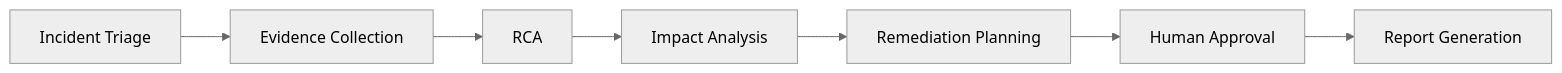
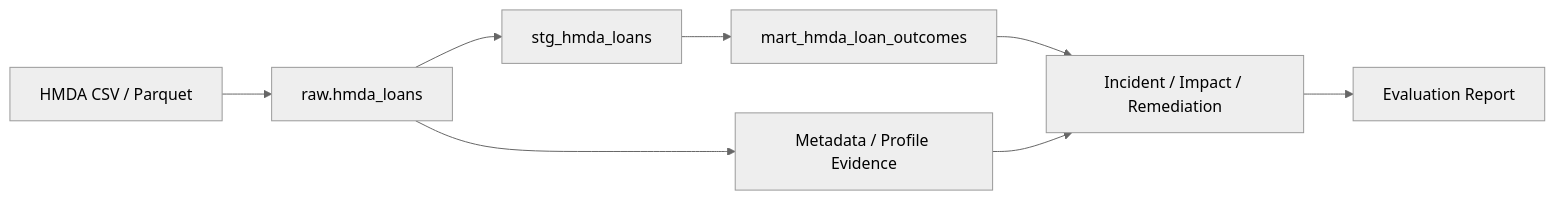
The first of 2 diagrams in docs/architecture.md (mols3131d/hmda-data-reliability), drawn with Mermaid (neutral theme) before and after one commit. The commit also changed other lines of this file and 19 other files, not shown here.

````diff
--- a/docs/architecture.md
+++ b/docs/architecture.md
@@ -54,17 +9,16 @@
 ```mermaid
 flowchart LR
-    triage[Incident Triage]
-    evidence[Evidence Collection]
-    rca[RCA]
-    impact[Impact Analysis]
-    remediation[Remediation Planning]
-    gate[Human Approval]
-    report[Report Generation]
+    files[HMDA CSV / Parquet]
+    raw[raw.hmda_loans]
+    staging[stg_hmda_loans]
+    mart[mart_hmda_loan_outcomes]
+    evidence[Metadata / Profile Evidence]
+    incident[Incident / Impact / Remediation]
+    report[Evaluation Report]
 
-    triage --> evidence
-    evidence --> rca
-    rca --> impact
-    impact --> remediation
-    remediation --> gate
-    gate --> report
+    files --> raw
+    raw --> staging --> mart
+    raw --> evidence
+    mart --> incident
+    evidence --> incident --> report
 ```
````
